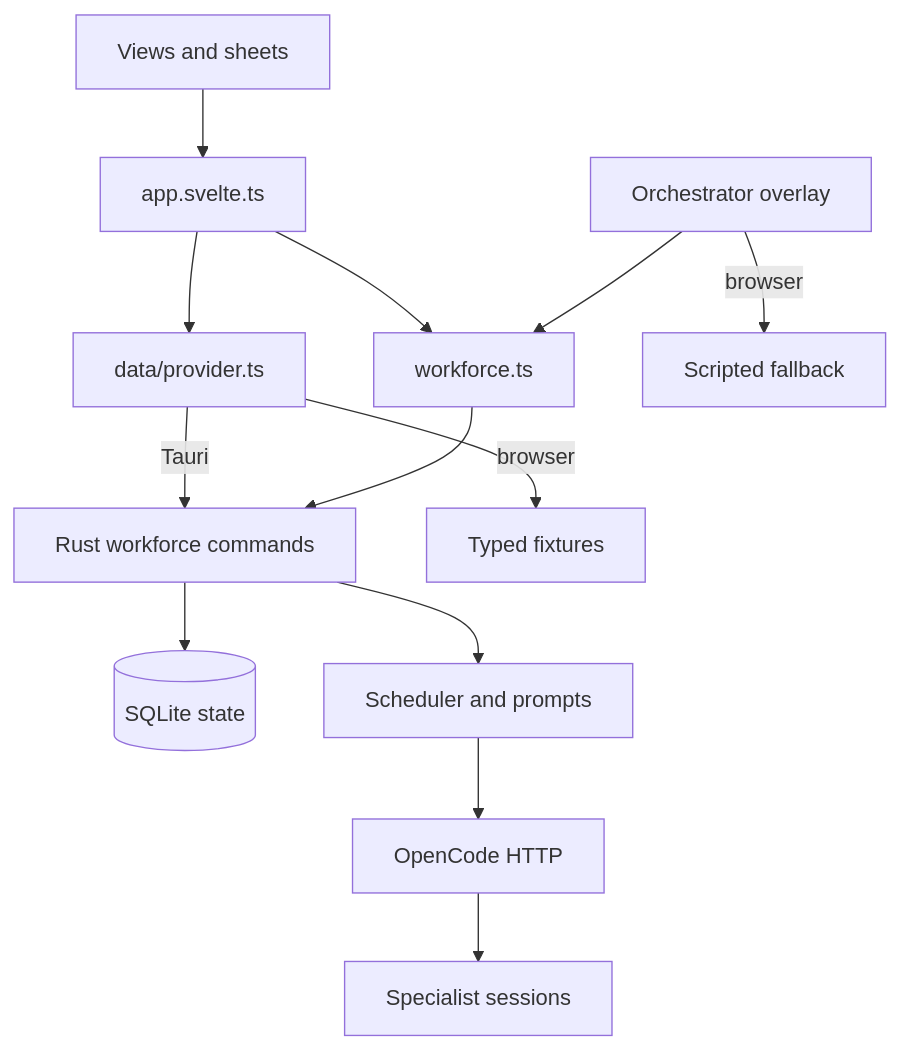
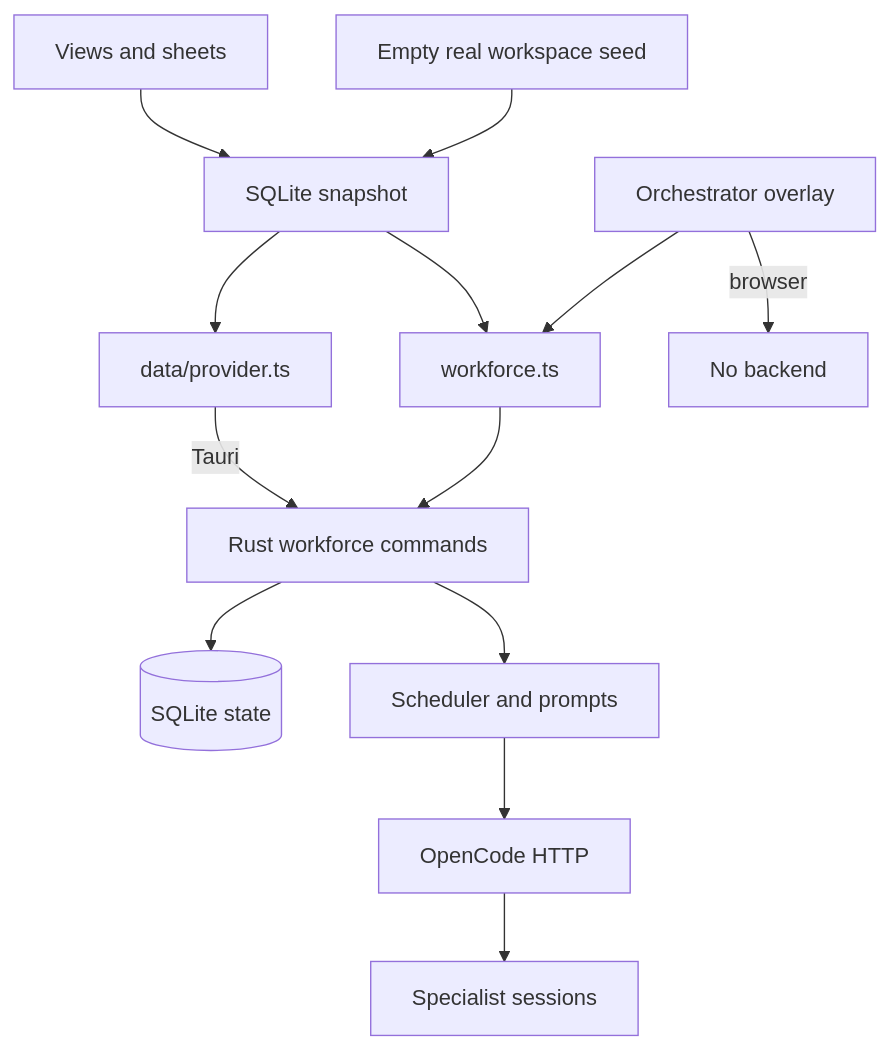
The diagram in docs/Architecture.md (yogimait/Pets), drawn with Mermaid before and after one commit. The commit also changed other lines of this file and 19 other files, not shown here.

Commit message:
feat: real workspace, Dreamer context, draggable pets

````diff
--- a/docs/Architecture.md
+++ b/docs/Architecture.md
@@ -15,15 +15,15 @@
 ```mermaid
 flowchart TD
   UI[Views and sheets] --> Store[app.svelte.ts]
   Store --> Provider[data/provider.ts]
   Provider -->|Tauri| SnapshotCmds[Rust workforce commands]
-  Provider -->|browser| Fixtures[Typed fixtures]
+  Seed[Empty real workspace seed] --> Store[SQLite snapshot]
   Store --> Client[workforce.ts]
   Client --> SnapshotCmds
   SnapshotCmds --> DB[(SQLite state)]
   SnapshotCmds --> Scheduler[Scheduler and prompts]
   Scheduler --> OC[OpenCode HTTP]
   OC --> Sessions[Specialist sessions]
   Overlay[Orchestrator overlay] --> Client
-  Overlay -->|browser| Scripted[Scripted fallback]
+  Overlay -->|browser| Preview[No backend]
 ```
````
